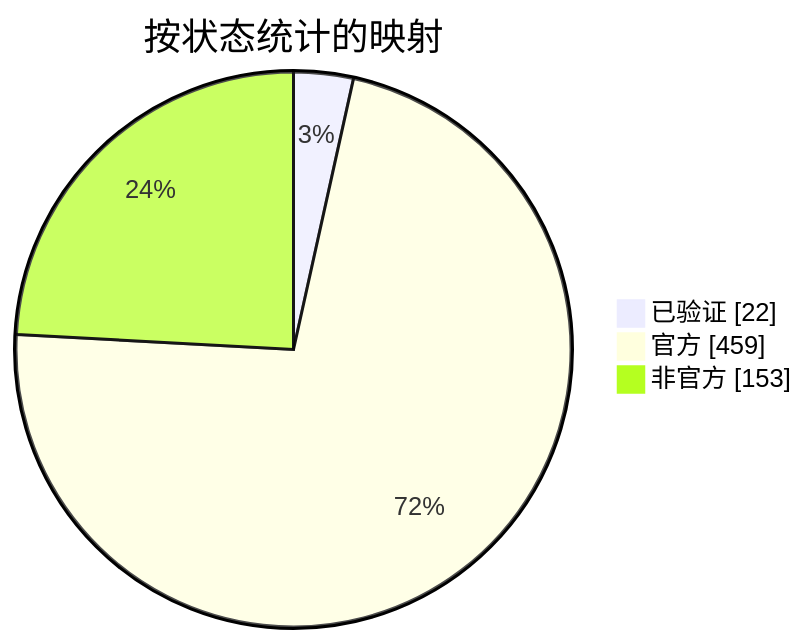
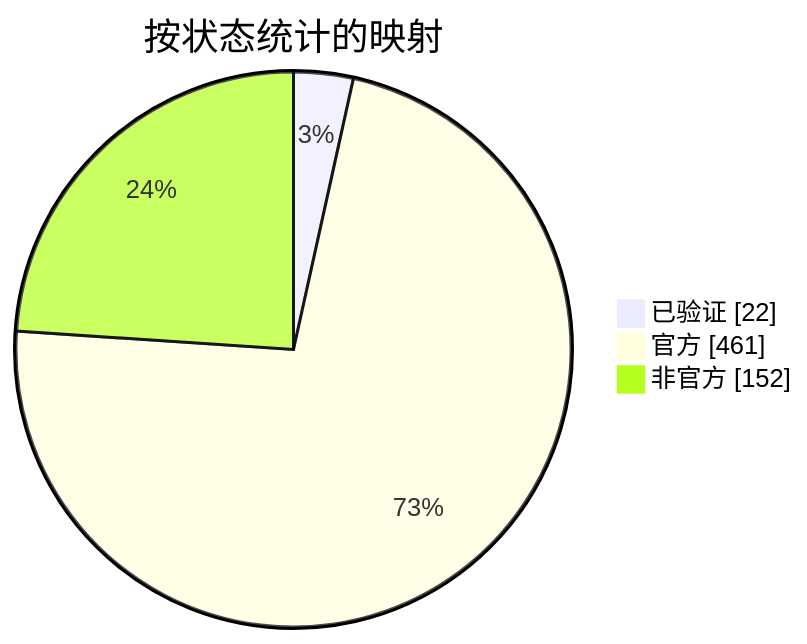
One commit to nobrega8/mbmap-library changed the diagram in docs/readme/README_ZHS.md. Above: the diagram before and after it, drawn with Mermaid. The commit also changed 6 other files, not shown here.

````diff
--- a/docs/readme/README_ZHS.md
+++ b/docs/readme/README_ZHS.md
@@ -54,7 +54,7 @@
 ```mermaid
 pie showData
     title 按状态统计的映射
     "已验证" : 22
-    "官方" : 459
-    "非官方" : 153
+    "官方" : 461
+    "非官方" : 152
 ```
````
